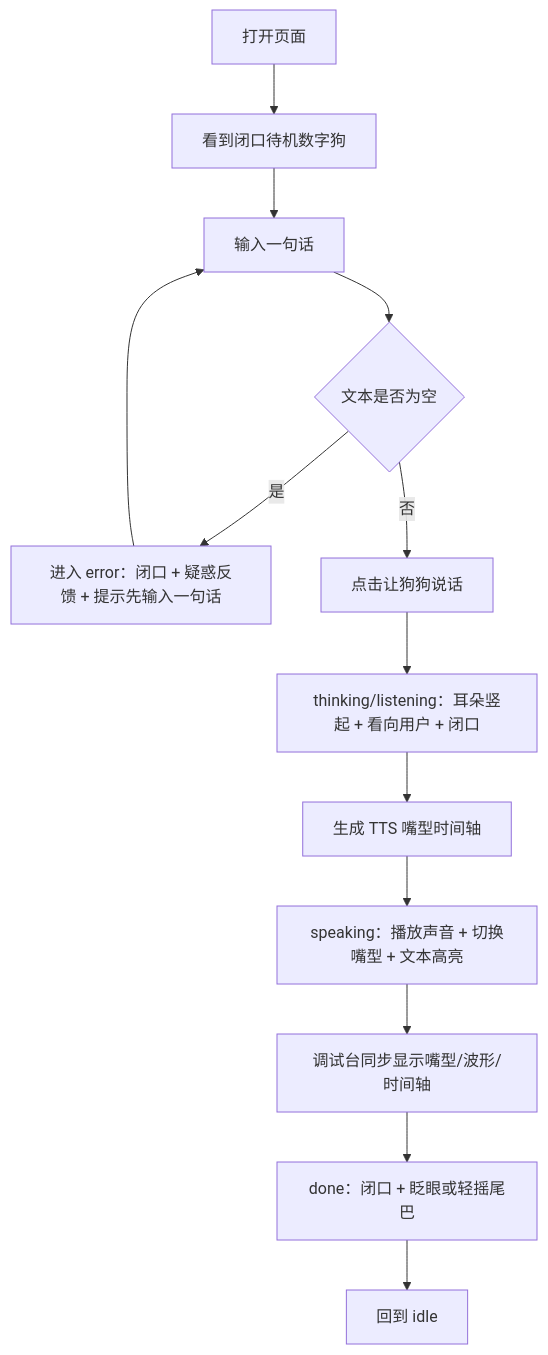
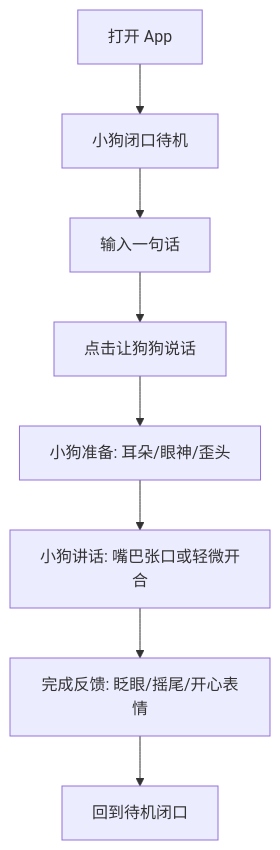
One commit to synchronized8/digital-dog changed the first of 3 diagrams in docs/planning-artifacts/ux-design-specification.md. Above: the diagram before and after it, drawn with Mermaid. The commit also changed other lines of this file and 48 other files, not shown here.

````diff
--- a/docs/planning-artifacts/ux-design-specification.md
+++ b/docs/planning-artifacts/ux-design-specification.md
@@ -379,15 +136,10 @@
 ```mermaid
 flowchart TD
-  A[打开页面] --> B[看到闭口待机数字狗]
+  A[打开 App] --> B[小狗闭口待机]
   B --> C[输入一句话]
-  C --> D{文本是否为空}
-  D -- 是 --> E[进入 error：闭口 + 疑惑反馈 + 提示先输入一句话]
-  E --> C
-  D -- 否 --> F[点击让狗狗说话]
-  F --> G[thinking/listening：耳朵竖起 + 看向用户 + 闭口]
-  G --> H[生成 TTS 嘴型时间轴]
-  H --> I[speaking：播放声音 + 切换嘴型 + 文本高亮]
-  I --> J[调试台同步显示嘴型/波形/时间轴]
-  J --> K[done：闭口 + 眨眼或轻摇尾巴]
-  K --> L[回到 idle]
+  C --> D[点击让狗狗说话]
+  D --> E[小狗准备: 耳朵/眼神/歪头]
+  E --> F[小狗讲话: 嘴巴张口或轻微开合]
+  F --> G[完成反馈: 眨眼/摇尾/开心表情]
+  G --> H[回到待机闭口]
 ```
````
